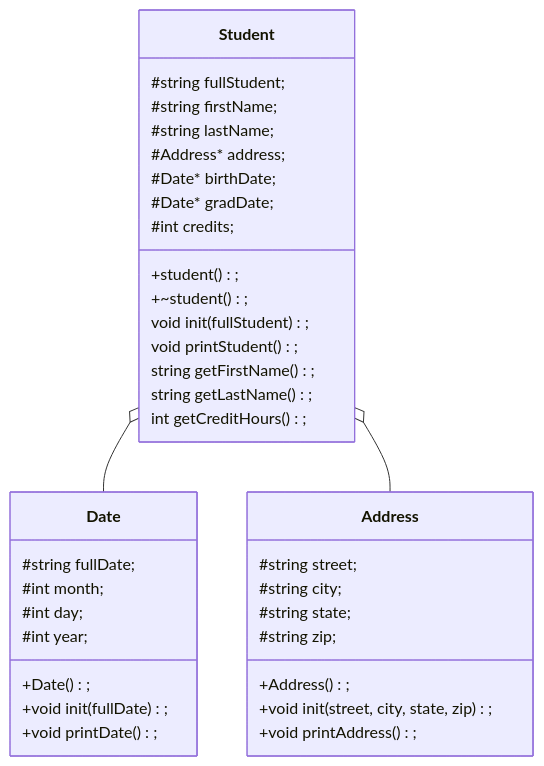
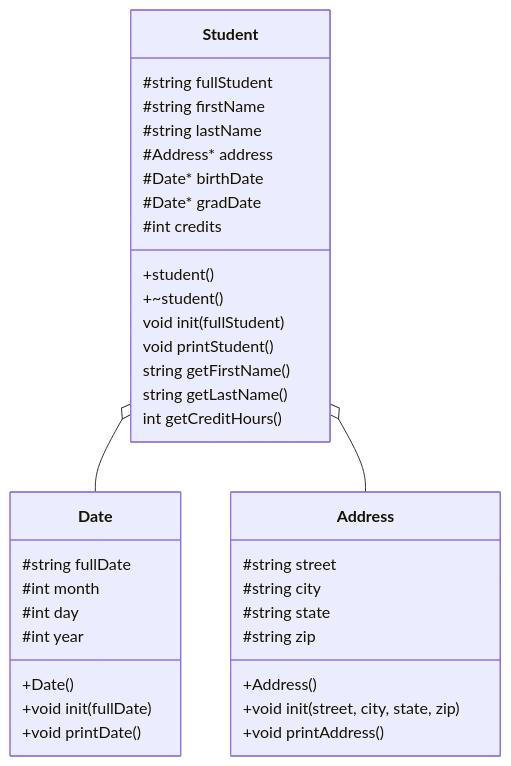
Before and after one commit to nicholascoooper/Heap-of-students: the diagram in README.md, drawn with Mermaid.

````diff
--- a/README.md
+++ b/README.md
@@ -1,45 +1,45 @@
 ```mermaid
 classDiagram
 
     class Address{
-        #string street;
-        #string city;
-        #string state;
-        #string zip;
-        +Address();
-        +void init(street, city, state, zip);
-        +void printAddress();
+        #string street
+        #string city
+        #string state
+        #string zip
+        +Address()
+        +void init(street, city, state, zip)
+        +void printAddress()
     } 
     
     class Date{
-        #string fullDate;
-        #int month;
-        #int day;
-        #int year;
-        +Date();
-        +void init(fullDate);
-        +void printDate();
+        #string fullDate
+        #int month
+        #int day
+        #int year
+        +Date()
+        +void init(fullDate)
+        +void printDate()
         
     }
 
     class Student{
-        #string fullStudent;
-        #string firstName;
-        #string lastName;
-        #Address* address;
-        #Date* birthDate;
-        #Date* gradDate;
-        #int credits;
-        +student();
-        +~student();
-        void init(fullStudent);
-        void printStudent();
-        string getFirstName();
-        string getLastName();
-        int getCreditHours();
+        #string fullStudent
+        #string firstName
+        #string lastName
+        #Address* address
+        #Date* birthDate
+        #Date* gradDate
+        #int credits
+        +student()
+        +~student()
+        void init(fullStudent)
+        void printStudent()
+        string getFirstName()
+        string getLastName()
+        int getCreditHours()
     }
 
 Student o-- Date
 Student o-- Address
 
  ```
````
